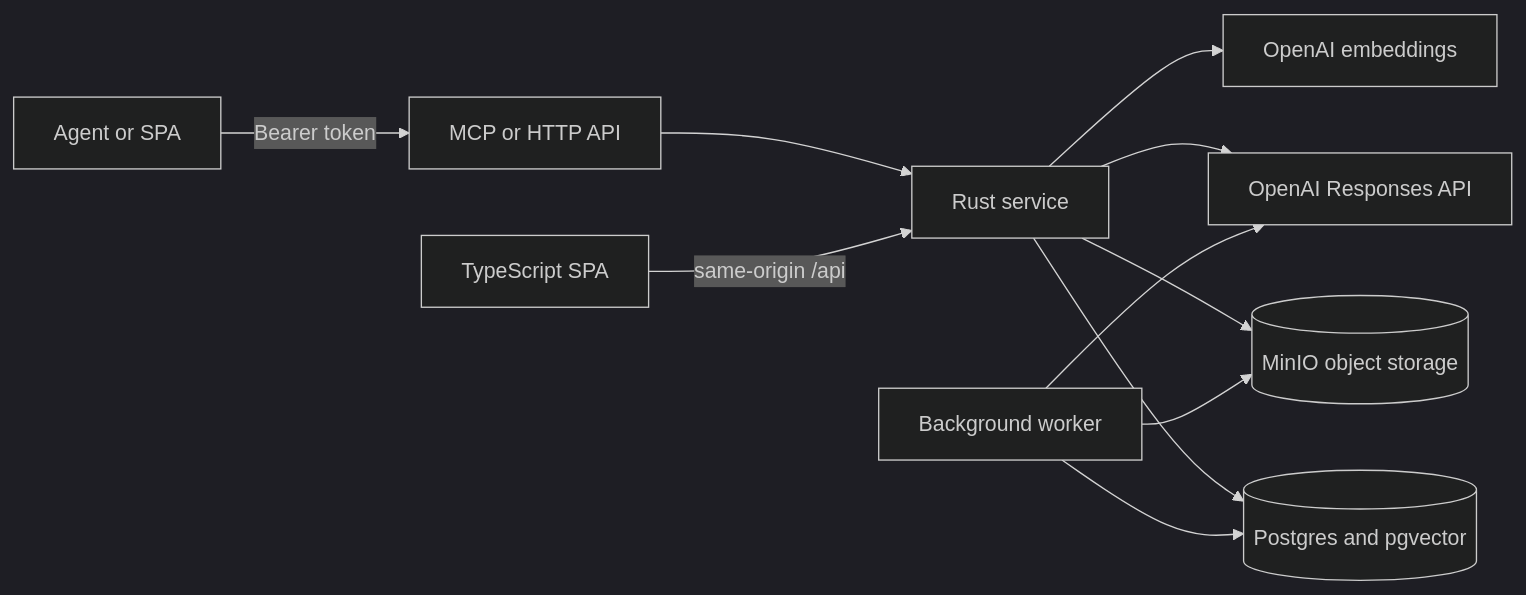
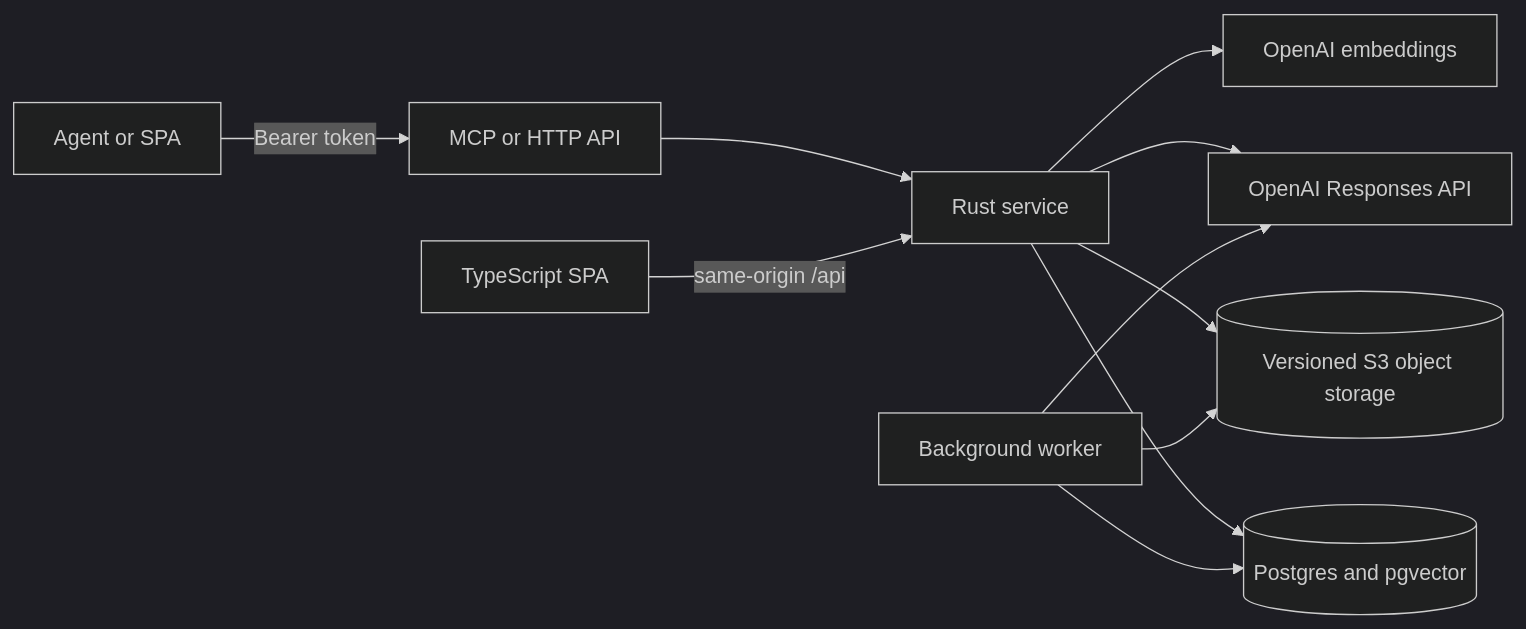
Before and after one commit to TorKallon/brunn: the diagram in docs/Architecture.md, drawn with Mermaid (dark theme). The commit also changed other lines of this file and 135 other files, not shown here.

````diff
--- a/docs/Architecture.md
+++ b/docs/Architecture.md
@@ -16,13 +16,13 @@
 ```mermaid
 flowchart LR
     A[Agent or SPA] -->|Bearer token| M[MCP or HTTP API]
     M --> R[Rust service]
     R --> P[(Postgres and pgvector)]
-    R --> O[(MinIO object storage)]
+    R --> O[(Versioned S3 object storage)]
     R --> E[OpenAI embeddings]
     R --> D[OpenAI Responses API]
     W[Background worker] --> P
     W --> O
     W --> D
     S[TypeScript SPA] -->|same-origin /api| R
 ```
````
